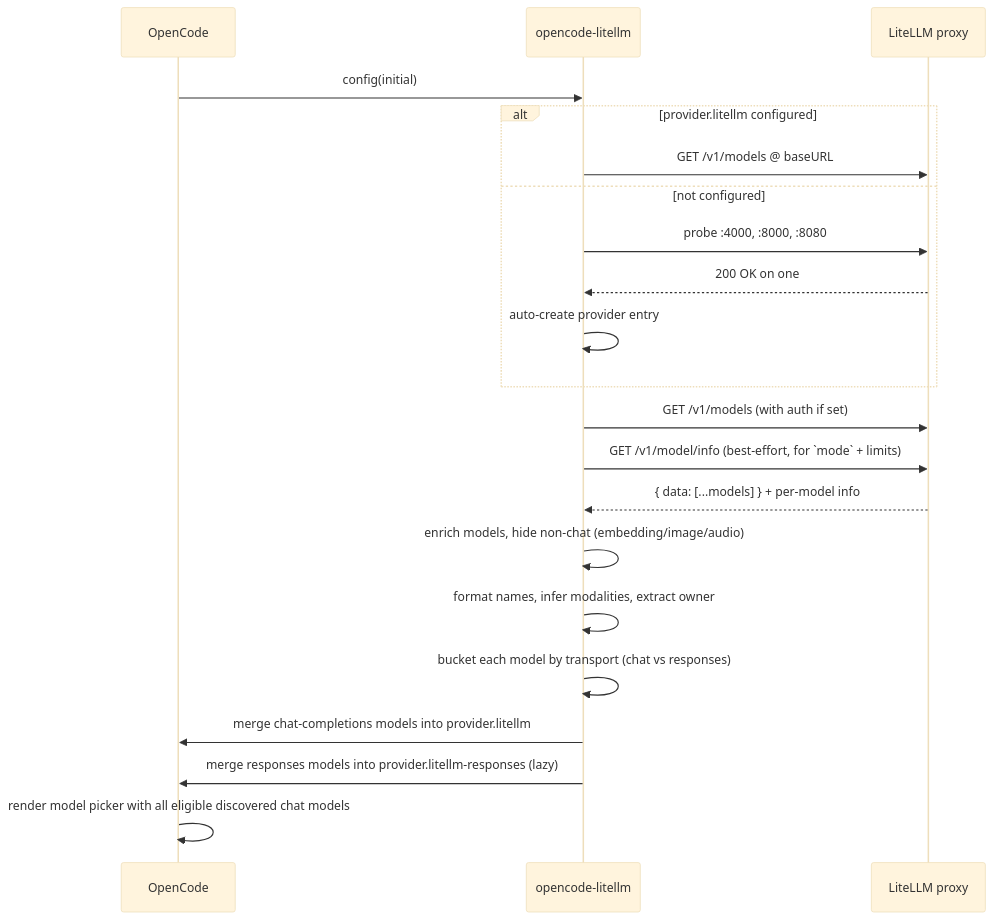
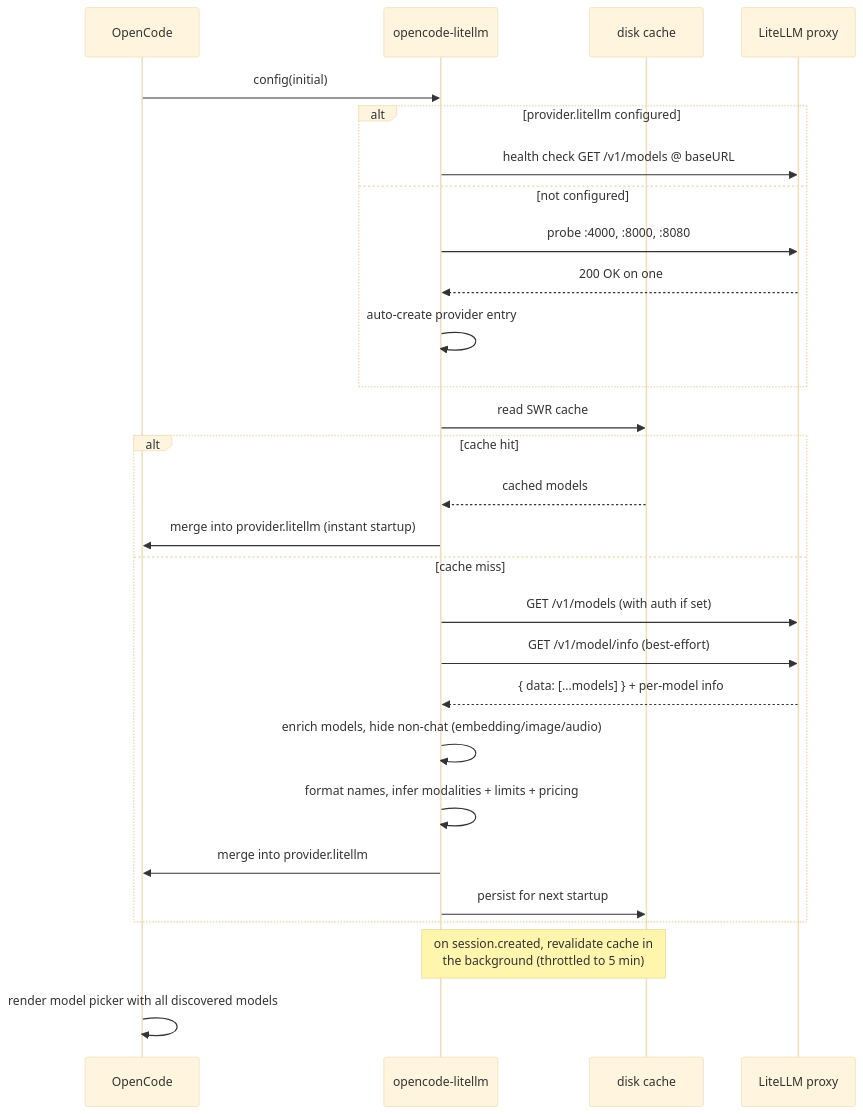
One commit to yuseferi/opencode-litellm changed the diagram in README.md. Above: the diagram before and after it, drawn with Mermaid (base theme). The commit also changed other lines of this file and 1 other file, not shown here.

````diff
--- a/README.md
+++ b/README.md
@@ -278,24 +238,31 @@
 ```mermaid
 sequenceDiagram
     participant OC as OpenCode
     participant Plugin as opencode-litellm
+    participant Cache as disk cache
     participant LL as LiteLLM proxy
 
     OC->>Plugin: config(initial)
     alt provider.litellm configured
-        Plugin->>LL: GET /v1/models @ baseURL
+        Plugin->>LL: health check GET /v1/models @ baseURL
     else not configured
         Plugin->>LL: probe :4000, :8000, :8080
         LL-->>Plugin: 200 OK on one
         Plugin->>Plugin: auto-create provider entry
     end
-    Plugin->>LL: GET /v1/models (with auth if set)
-    Plugin->>LL: GET /v1/model/info (best-effort, for `mode` + limits)
-    LL-->>Plugin: { data: [...models] } + per-model info
-    Plugin->>Plugin: enrich models, hide non-chat (embedding/image/audio)
-    Plugin->>Plugin: format names, infer modalities, extract owner
-    Plugin->>Plugin: bucket each model by transport (chat vs responses)
-    Plugin->>OC: merge chat-completions models into provider.litellm
-    Plugin->>OC: merge responses models into provider.litellm-responses (lazy)
-    OC->>OC: render model picker with all eligible discovered chat models
+    Plugin->>Cache: read SWR cache
+    alt cache hit
+        Cache-->>Plugin: cached models
+        Plugin->>OC: merge into provider.litellm (instant startup)
+    else cache miss
+        Plugin->>LL: GET /v1/models (with auth if set)
+        Plugin->>LL: GET /v1/model/info (best-effort)
+        LL-->>Plugin: { data: [...models] } + per-model info
+        Plugin->>Plugin: enrich models, hide non-chat (embedding/image/audio)
+        Plugin->>Plugin: format names, infer modalities + limits + pricing
+        Plugin->>OC: merge into provider.litellm
+        Plugin->>Cache: persist for next startup
+    end
+    Note over Plugin,Cache: on session.created, revalidate cache in<br/>the background (throttled to 5 min)
+    OC->>OC: render model picker with all discovered models
 ```
````
